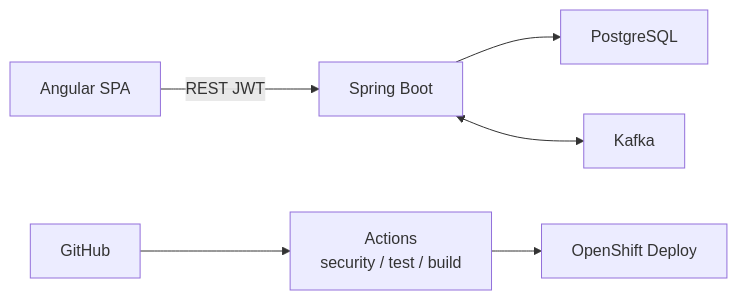
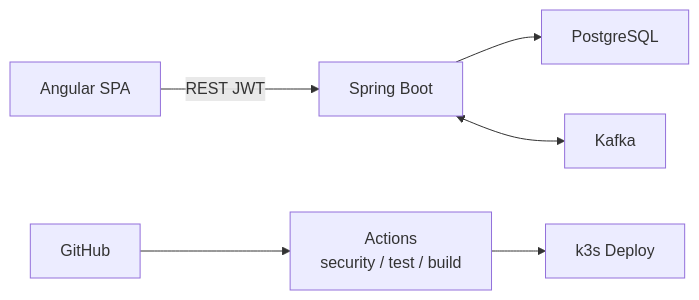
One commit to Innovation-In-Software/bc-sw-engineer-java-angular-participant changed the diagram in labs/Week 6 - Capstone Project/module-48/lab48/LAB-48-GUIDE.md. Above: the diagram before and after it, drawn with Mermaid. The commit also changed other lines of this file and 103 other files, not shown here.

First line of the commit message:
Teach the shared k3s cluster instead of OpenShift.

````diff
--- a/labs/Week 6 - Capstone Project/module-48/lab48/LAB-48-GUIDE.md
+++ b/labs/Week 6 - Capstone Project/module-48/lab48/LAB-48-GUIDE.md
@@ -109,8 +109,8 @@
 ```mermaid
 flowchart LR
   UI["Angular SPA"] -->|REST JWT| API["Spring Boot"]
   API --> PG["PostgreSQL"]
   API <--> K["Kafka"]
   GH["GitHub"] --> GHA["Actions<br/>security / test / build"]
-  GHA --> OS["OpenShift Deploy"]
+  GHA --> OS["k3s Deploy"]
 ```
````
